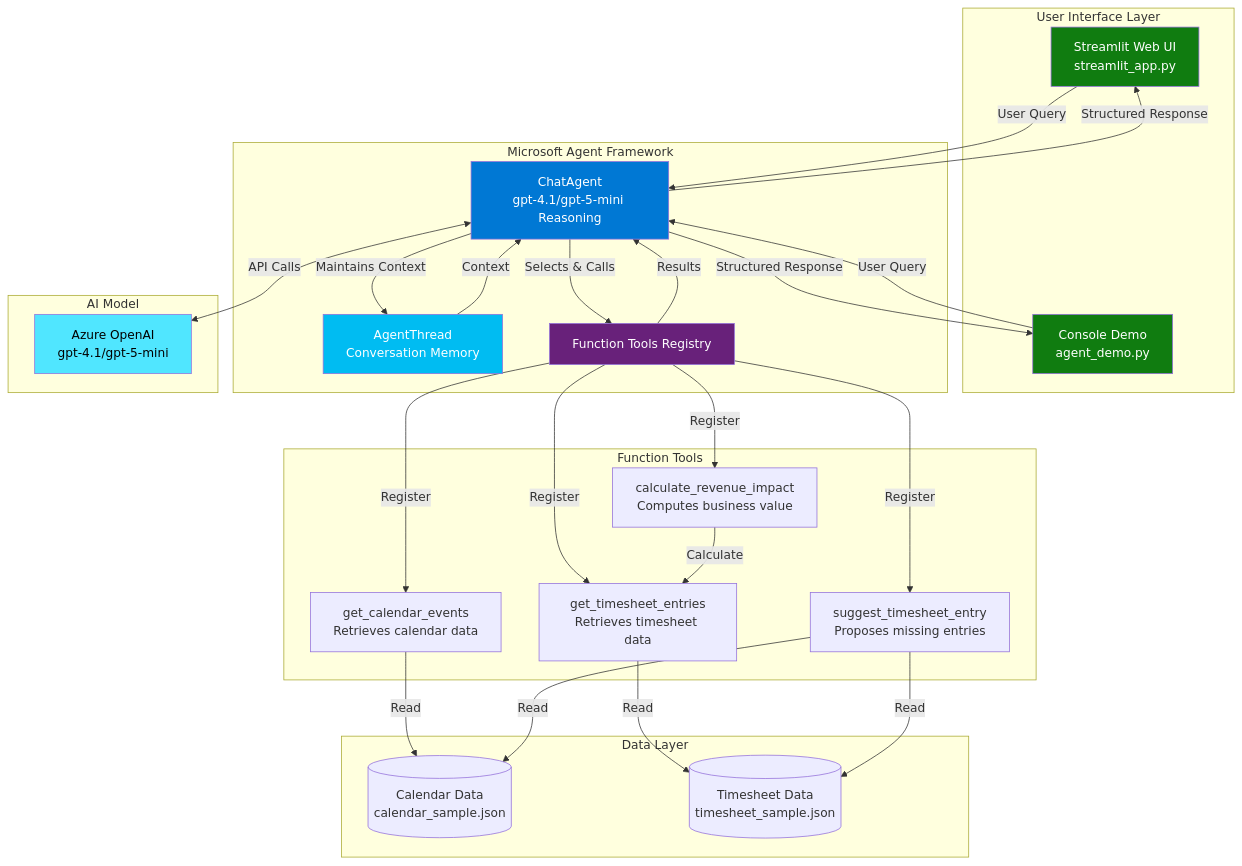
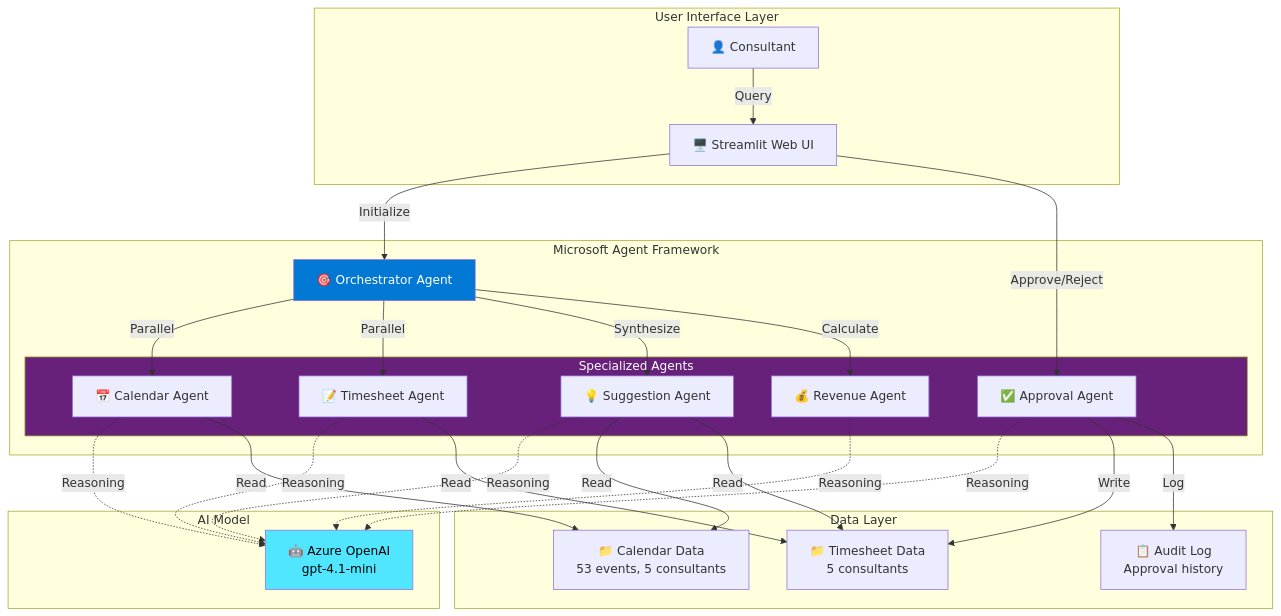
Before and after one commit to Arturo-Quiroga-MSFT/ttu-agentic-revolution-challenge: the diagram in README.md, drawn with Mermaid. The commit also changed other lines of this file and 5 other files, not shown here.

Commit message:
updated reame file and multiple diagrams

````diff
--- a/README.md
+++ b/README.md
@@ -188,55 +226,54 @@
 ```mermaid
 graph TB
-    subgraph "User Interface Layer"
-        UI1[Streamlit Web UI<br/>streamlit_app.py]
-        UI2[Console Demo<br/>agent_demo.py]
+    subgraph UI["User Interface Layer"]
+        User["👤 Consultant"]
+        WebUI["🖥️ Streamlit Web UI"]
     end
-
-    subgraph "Microsoft Agent Framework"
-        Agent[ChatAgent<br/>gpt-4.1/gpt-5-mini Reasoning]
-        Thread[AgentThread<br/>Conversation Memory]
-        Tools[Function Tools Registry]
+    
+    subgraph Framework["Microsoft Agent Framework"]
+        Orch["🎯 Orchestrator Agent"]
+        
+        subgraph Agents["Specialized Agents"]
+            CalAgent["📅 Calendar Agent"]
+            TimeAgent["📝 Timesheet Agent"]
+            SugAgent["💡 Suggestion Agent"]
+            AppAgent["✅ Approval Agent"]
+            RevAgent["💰 Revenue Agent"]
+        end
     end
-
-    subgraph "Function Tools"
-        T1[get_calendar_events<br/>Retrieves calendar data]
-        T2[get_timesheet_entries<br/>Retrieves timesheet data]
-        T3[suggest_timesheet_entry<br/>Proposes missing entries]
-        T4[calculate_revenue_impact<br/>Computes business value]
+    
+    subgraph AI["AI Model"]
+        GPT["🤖 Azure OpenAI<br/>gpt-4.1-mini"]
     end
-
-    subgraph "Data Layer"
-        D1[(Calendar Data<br/>calendar_sample.json)]
-        D2[(Timesheet Data<br/>timesheet_sample.json)]
+    
+    subgraph Data["Data Layer"]
+        CalData["📁 Calendar Data<br/>53 events, 5 consultants"]
+        TimeData["📁 Timesheet Data<br/>5 consultants"]
+        AuditData["📋 Audit Log<br/>Approval history"]
     end
-
-    subgraph "AI Model"
-        Azure[Azure OpenAI<br/>gpt-4.1/gpt-5-mini]
-    end
-
-    UI1 -->|User Query| Agent
-    UI2 -->|User Query| Agent
-    Agent -->|Maintains Context| Thread
-    Agent -->|Selects & Calls| Tools
-    Tools -->|Register| T1
-    Tools -->|Register| T2
-    Tools -->|Register| T3
-    Tools -->|Register| T4
-    T1 -->|Read| D1
-    T2 -->|Read| D2
-    T3 -->|Read| D1
-    T3 -->|Read| D2
-    T4 -->|Calculate| T2
-    Agent <-->|API Calls| Azure
-    Thread -->|Context| Agent
-    Tools -->|Results| Agent
-    Agent -->|Structured Response| UI1
-    Agent -->|Structured Response| UI2
-
-    style Agent fill:#0078d4,color:#fff
-    style Azure fill:#50e6ff,color:#000
-    style Thread fill:#00bcf2,color:#fff
-    style Tools fill:#68217a,color:#fff
-    style UI1 fill:#107c10,color:#fff
-    style UI2 fill:#107c10,color:#fff
+    
+    User -->|Query| WebUI
+    WebUI -->|Initialize| Orch
+    Orch -->|Parallel| CalAgent
+    Orch -->|Parallel| TimeAgent
+    Orch -->|Synthesize| SugAgent
+    Orch -->|Calculate| RevAgent
+    WebUI -->|Approve/Reject| AppAgent
+    
+    CalAgent -.->|Reasoning| GPT
+    TimeAgent -.->|Reasoning| GPT
+    SugAgent -.->|Reasoning| GPT
+    RevAgent -.->|Reasoning| GPT
+    AppAgent -.->|Reasoning| GPT
+    
+    CalAgent -->|Read| CalData
+    TimeAgent -->|Read| TimeData
+    SugAgent -->|Read| CalData
+    SugAgent -->|Read| TimeData
+    AppAgent -->|Write| TimeData
+    AppAgent -->|Log| AuditData
+    
+    style Orch fill:#0078d4,color:#fff
+    style GPT fill:#50e6ff,color:#000
+    style Agents fill:#68217a,color:#fff
 ```
````
